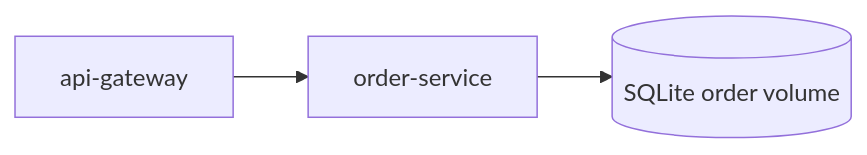
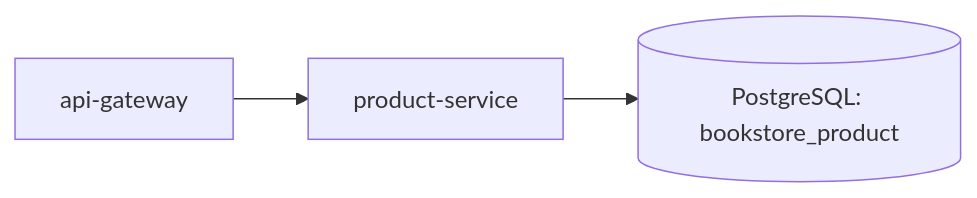
Before and after one commit to lamlocan5/Software_Architecture_And_Design_PTIT: the fifth of 11 diagrams in bookstore-microservice/docs/architecture/architecture.md, drawn with Mermaid. The commit also changed other lines of this file and 396 other files, not shown here.

````diff
--- a/bookstore-microservice/docs/architecture/architecture.md
+++ b/bookstore-microservice/docs/architecture/architecture.md
@@ -76,6 +111,6 @@
 ```mermaid
 flowchart LR
-  gateway[api-gateway] --> order[order-service]
-  orderDb[(SQLite order volume)]
-  order --> orderDb
+  bff[api-gateway] --> prodSvc[product-service]
+  prodDb[(PostgreSQL: bookstore_product)]
+  prodSvc --> prodDb
 ```
````
